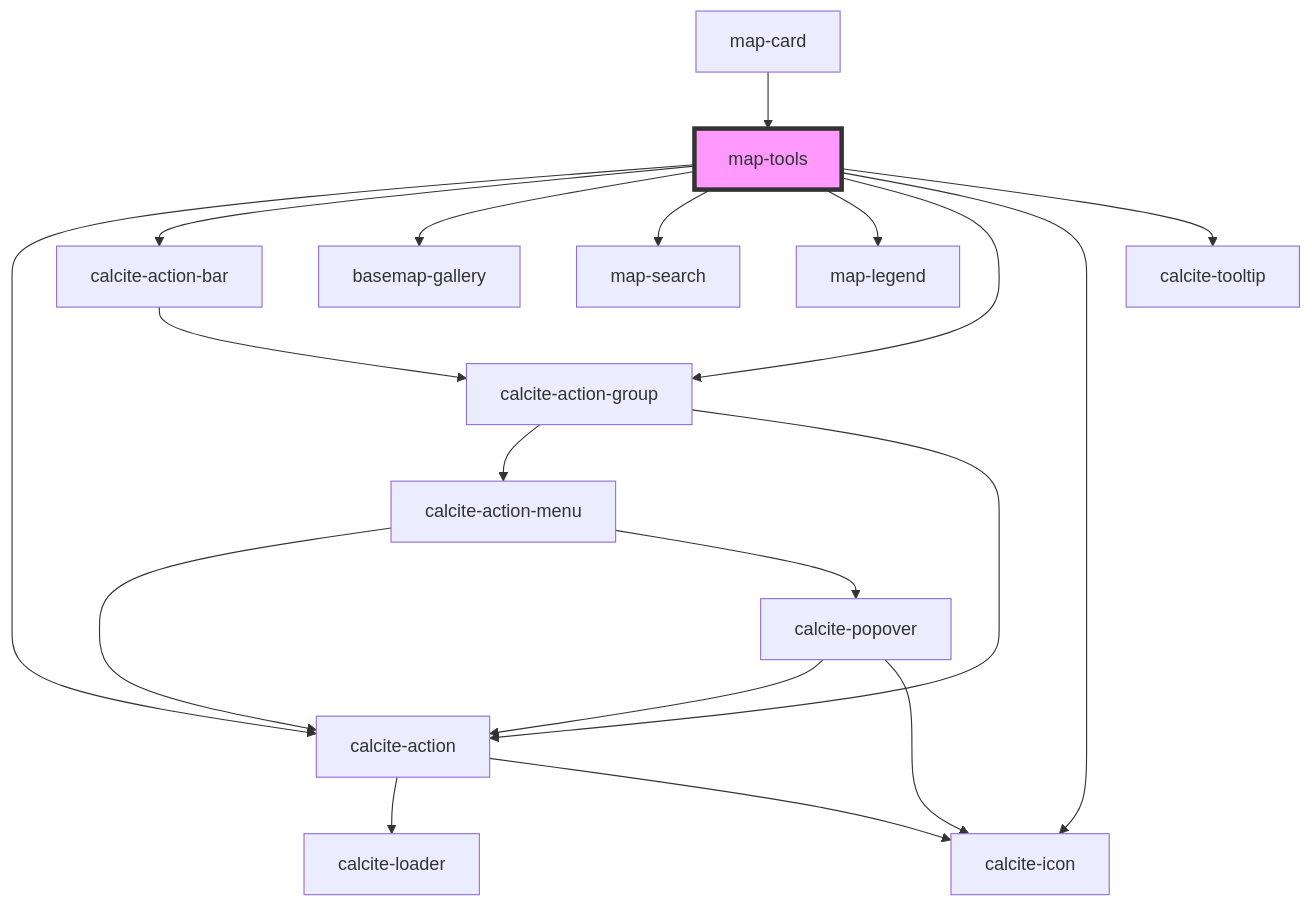
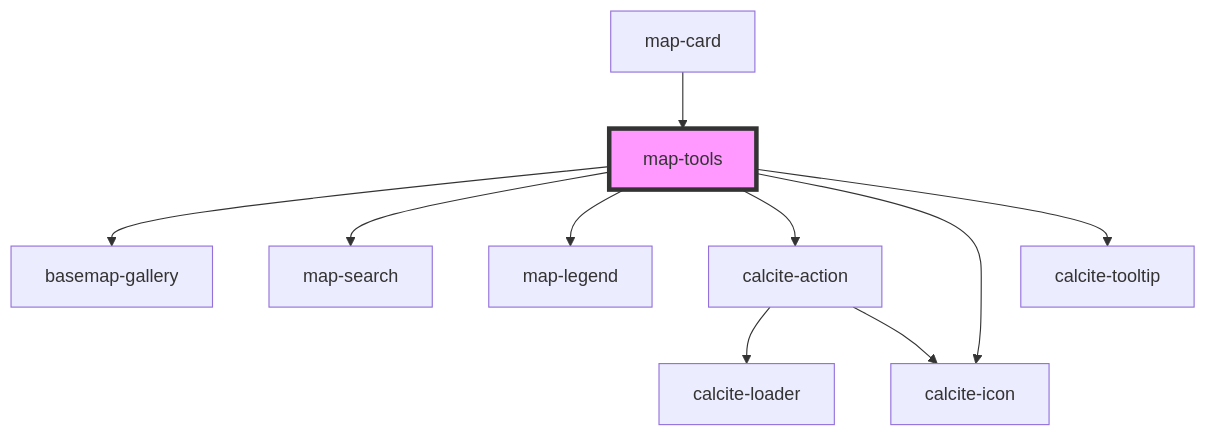
The diagram in src/components/map-tools/readme.md (Esri/solutions-components), drawn with Mermaid before and after one commit. The commit also changed other lines of this file and 9 other files, not shown here.

Commit message:
fix map-tools and map picker

````diff
--- a/src/components/map-tools/readme.md
+++ b/src/components/map-tools/readme.md
@@ -42,22 +40,13 @@
 ```mermaid
 graph TD;
-  map-tools --> calcite-action
-  map-tools --> calcite-action-bar
   map-tools --> basemap-gallery
   map-tools --> map-search
   map-tools --> map-legend
-  map-tools --> calcite-action-group
+  map-tools --> calcite-action
   map-tools --> calcite-icon
   map-tools --> calcite-tooltip
   calcite-action --> calcite-loader
   calcite-action --> calcite-icon
-  calcite-action-bar --> calcite-action-group
-  calcite-action-group --> calcite-action-menu
-  calcite-action-group --> calcite-action
-  calcite-action-menu --> calcite-action
-  calcite-action-menu --> calcite-popover
-  calcite-popover --> calcite-action
-  calcite-popover --> calcite-icon
   map-card --> map-tools
   style map-tools fill:#f9f,stroke:#333,stroke-width:4px
 ```
````
